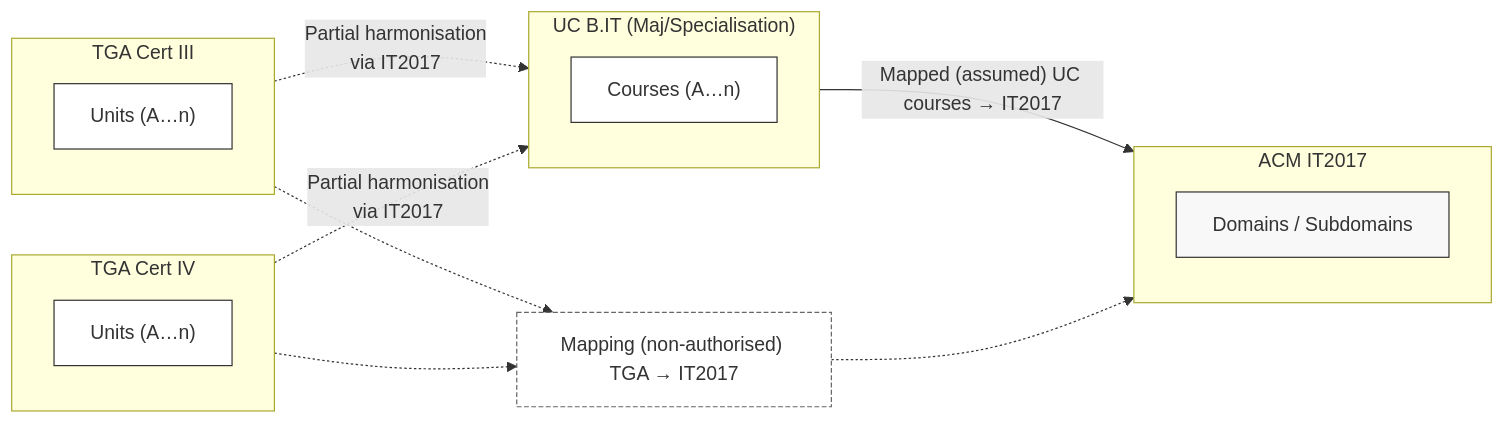
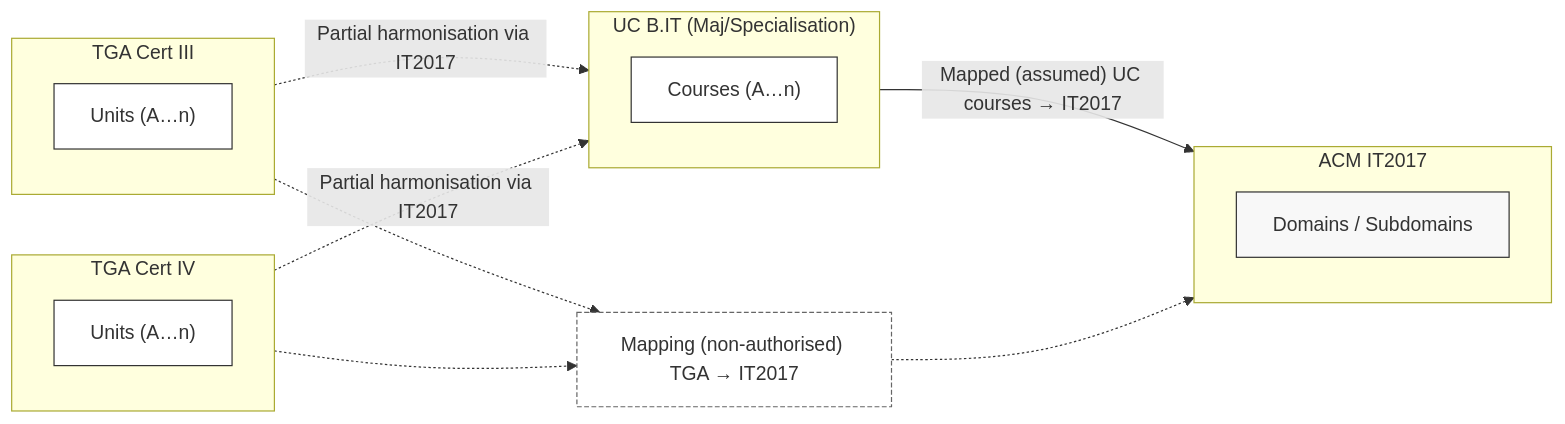
One commit to leskneebone/skills-SPARQL changed the second of 3 diagrams in reports/creditTransferModels.md. Above: the diagram before and after it, drawn with Mermaid.

````diff
--- a/reports/creditTransferModels.md
+++ b/reports/creditTransferModels.md
@@ -41,40 +41,40 @@
 ```mermaid
 flowchart LR
   %% Diagram 2 — attempt mapping via IT2017 (helps HE more than VET)
 
   subgraph CertIII["TGA Cert III"]
     C3["Units (A…n)"]:::unit
   end
 
   subgraph CertIV["TGA Cert IV"]
     C4["Units (A…n)"]:::unit
   end
 
   subgraph UCBIT["UC B.IT (Maj/Specialisation)"]
     UC["Courses (A…n)"]:::unit
   end
 
   subgraph IT2017["ACM IT2017"]
     KA["Domains / Subdomains"]:::scheme
   end
 
   %% HE aligns (assumed mapping)
   UCBIT -- "Mapped (assumed) UC courses → IT2017" --> IT2017
 
   %% VET: possible mapping, with no explicit IT2017 mapping
 VetITMap["Mapping (non-authorised) TGA → IT2017"]:::mapping
 
 CertIII -.-> VetITMap
 CertIV  -.-> VetITMap
 VetITMap -.-> IT2017
 
 
   %% therefore crosswalk is still partial/uneven
-  CertIII -. "Partial harmonisation\nvia IT2017" .-> UCBIT
-  CertIV  -. "Partial harmonisation\nvia IT2017" .-> UCBIT
+  CertIII -. "Partial harmonisation via IT2017" .-> UCBIT
+  CertIV  -. "Partial harmonisation via IT2017" .-> UCBIT
 
   classDef unit fill:#fff,stroke:#333,stroke-width:1px;
   classDef scheme fill:#f8f8f8,stroke:#333,stroke-width:1px;
   classDef mapping fill:#fff,stroke:#666,stroke-dasharray: 4 2;
 
 ```
````
